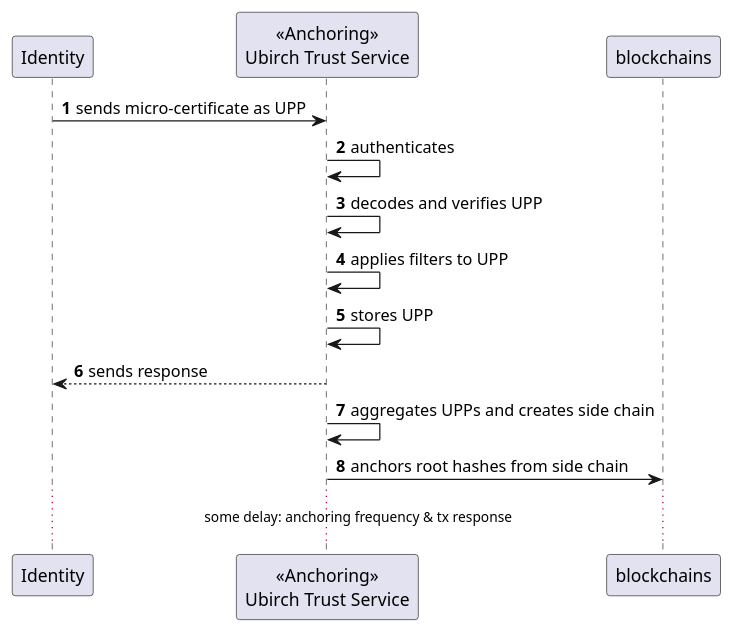
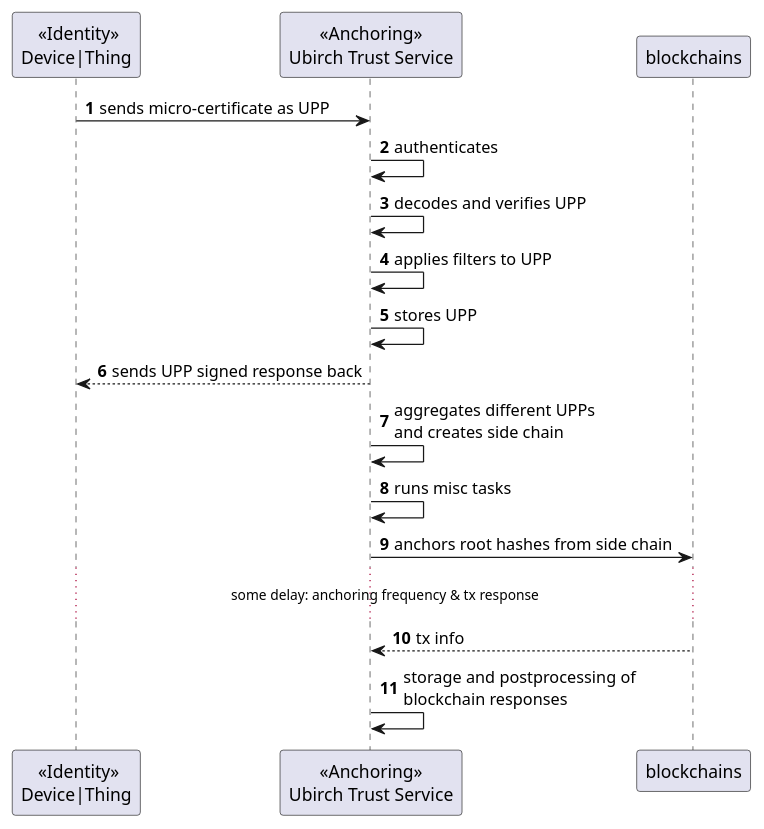
Before and after one commit to ubirch/ubirch-event-log: the diagram in .images/Anchoring.puml, drawn with PlantUML. The commit also changed 4 other files, not shown here.

Commit message:
PROFIT-102 Adding some diagrams for anchoring and verification

```diff
--- a/.images/Anchoring.puml
+++ b/.images/Anchoring.puml
@@ -1,23 +1,28 @@
 @startuml
 'https://plantuml.com/sequence-diagram
 
 autonumber
 
-participant Identity as identity
+participant identity [
+  <<Identity>>
+ Device|Thing
+]
 participant trust_service_anchoring [
   <<Anchoring>>
   Ubirch Trust Service
 ]
 
 identity -> trust_service_anchoring: sends micro-certificate as UPP
 trust_service_anchoring -> trust_service_anchoring: authenticates
 trust_service_anchoring -> trust_service_anchoring: decodes and verifies UPP
 trust_service_anchoring -> trust_service_anchoring: applies filters to UPP
 trust_service_anchoring -> trust_service_anchoring: stores UPP
-identity <-- trust_service_anchoring: sends response
-trust_service_anchoring -> trust_service_anchoring: aggregates UPPs and creates side chain
+identity <-- trust_service_anchoring: sends UPP signed response back
+trust_service_anchoring -> trust_service_anchoring: aggregates different UPPs\nand creates side chain
+trust_service_anchoring -> trust_service_anchoring: runs misc tasks
 trust_service_anchoring -> blockchains: anchors root hashes from side chain
 ... some delay: anchoring frequency & tx response ...
-
+blockchains --> trust_service_anchoring: tx info
+trust_service_anchoring -> trust_service_anchoring: storage and postprocessing of\nblockchain responses
 
 @enduml
```
